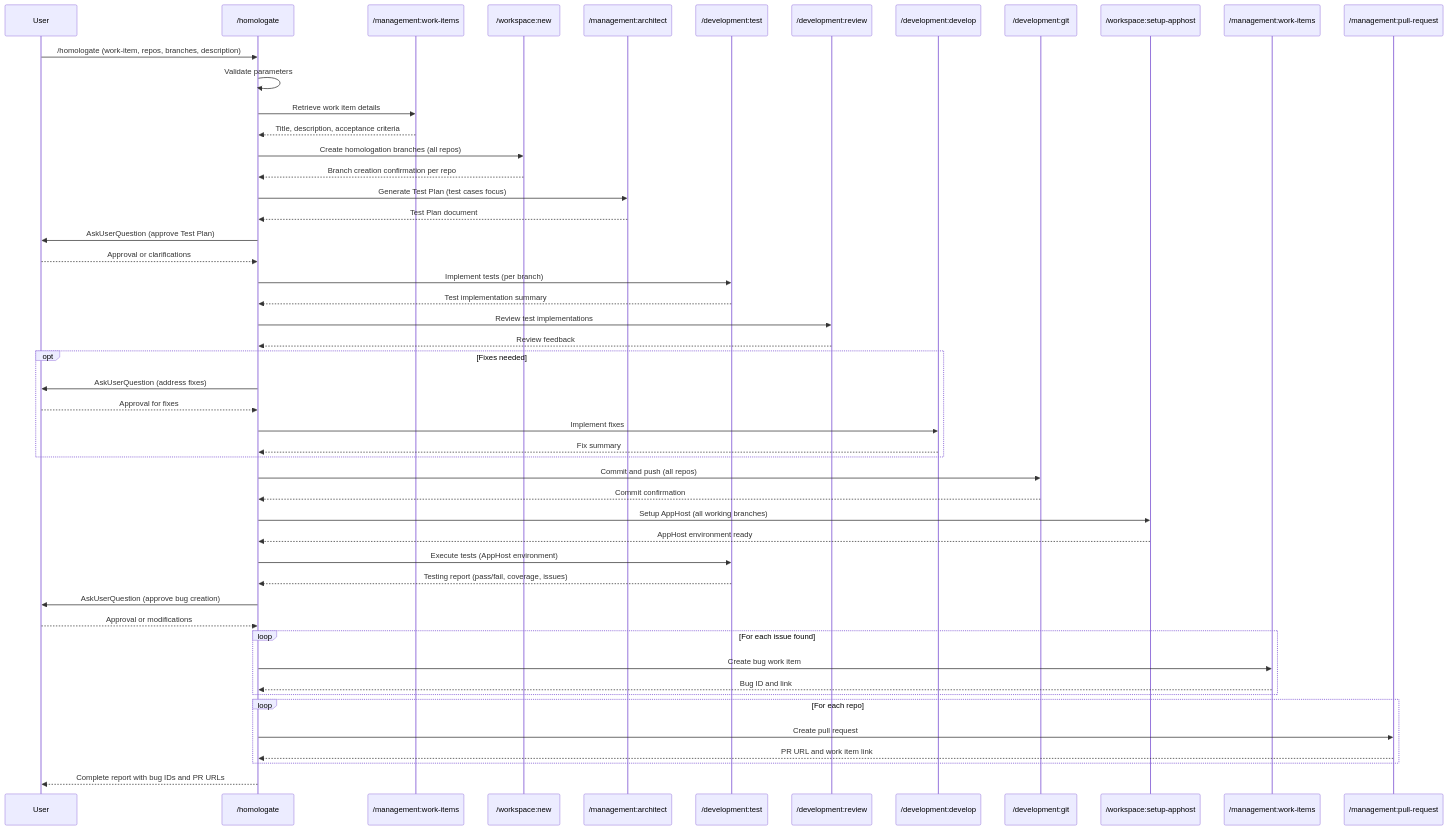
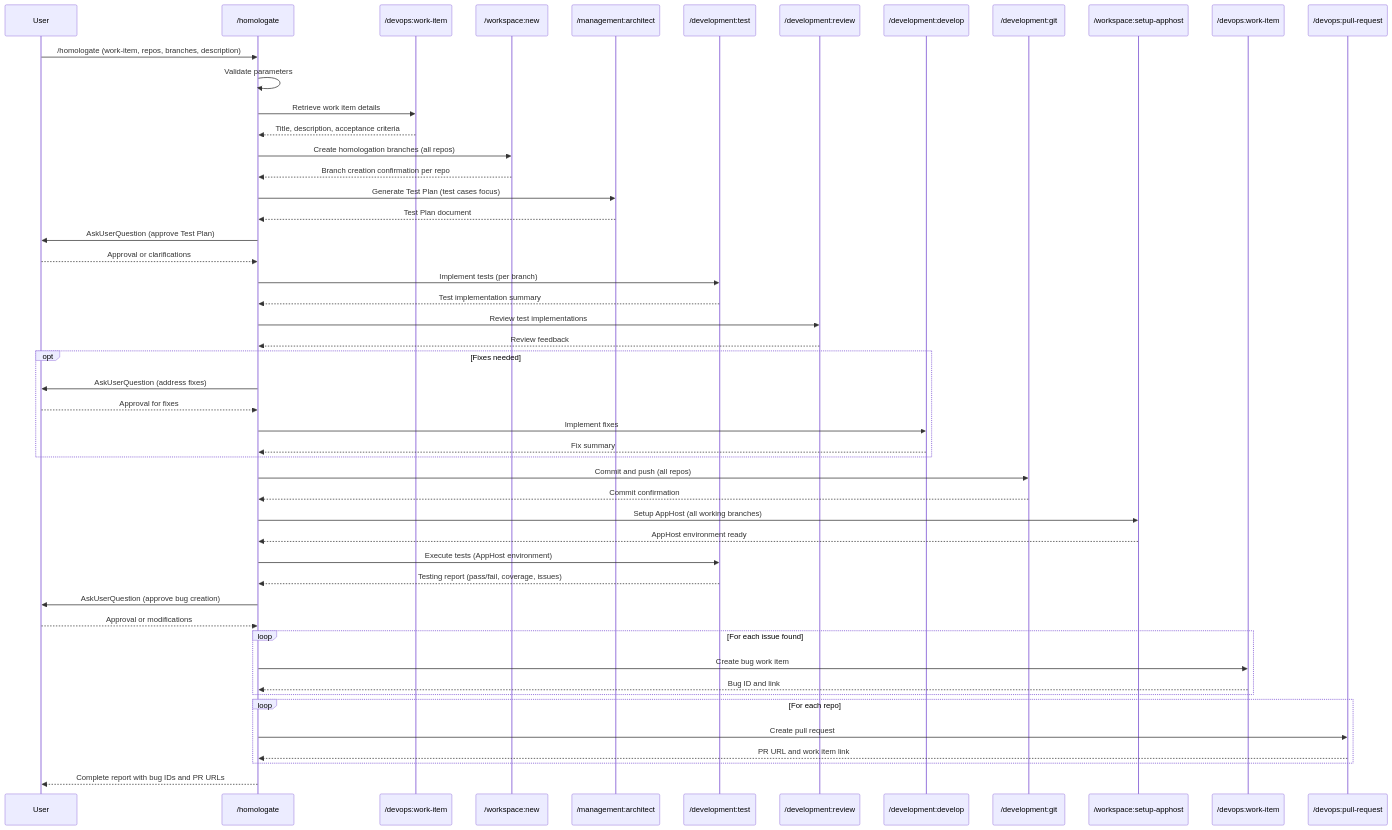
Before and after one commit to zzaia/zzaia-agentic-workspace: the diagram in .claude/commands/workflows/homologate.md, drawn with Mermaid. The commit also changed other lines of this file and 9 other files, not shown here.

````diff
--- a/.claude/commands/workflows/homologate.md
+++ b/.claude/commands/workflows/homologate.md
@@ -111,67 +111,67 @@
 ```mermaid
 sequenceDiagram
     participant U as User
     participant C as /homologate
-    participant WI as /management:work-items
+    participant WI as /devops:work-item
     participant WS as /workspace:new
     participant AR as /management:architect
     participant DT as /development:test
     participant DR as /development:review
     participant DD as /development:develop
     participant DG as /development:git
     participant SA as /workspace:setup-apphost
-    participant BW as /management:work-items
-    participant PR as /management:pull-request
+    participant BW as /devops:work-item
+    participant PR as /devops:pull-request
 
     U->>C: /homologate (work-item, repos, branches, description)
     C->>C: Validate parameters
 
     C->>WI: Retrieve work item details
     WI-->>C: Title, description, acceptance criteria
 
     C->>WS: Create homologation branches (all repos)
     WS-->>C: Branch creation confirmation per repo
 
     C->>AR: Generate Test Plan (test cases focus)
     AR-->>C: Test Plan document
 
     C->>U: AskUserQuestion (approve Test Plan)
     U-->>C: Approval or clarifications
 
     C->>DT: Implement tests (per branch)
     DT-->>C: Test implementation summary
 
     C->>DR: Review test implementations
     DR-->>C: Review feedback
 
     opt Fixes needed
         C->>U: AskUserQuestion (address fixes)
         U-->>C: Approval for fixes
         C->>DD: Implement fixes
         DD-->>C: Fix summary
     end
 
     C->>DG: Commit and push (all repos)
     DG-->>C: Commit confirmation
 
     C->>SA: Setup AppHost (all working branches)
     SA-->>C: AppHost environment ready
 
     C->>DT: Execute tests (AppHost environment)
     DT-->>C: Testing report (pass/fail, coverage, issues)
 
     C->>U: AskUserQuestion (approve bug creation)
     U-->>C: Approval or modifications
 
     loop For each issue found
         C->>BW: Create bug work item
         BW-->>C: Bug ID and link
     end
 
     loop For each repo
         C->>PR: Create pull request
         PR-->>C: PR URL and work item link
     end
 
     C-->>U: Complete report with bug IDs and PR URLs
 ```
````
